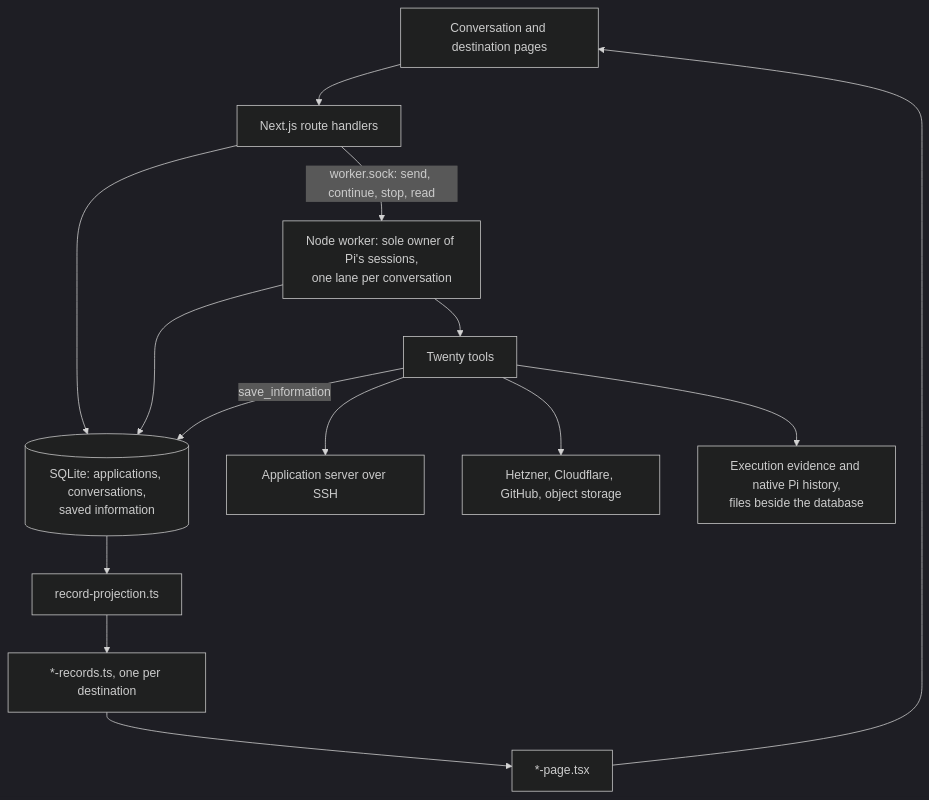
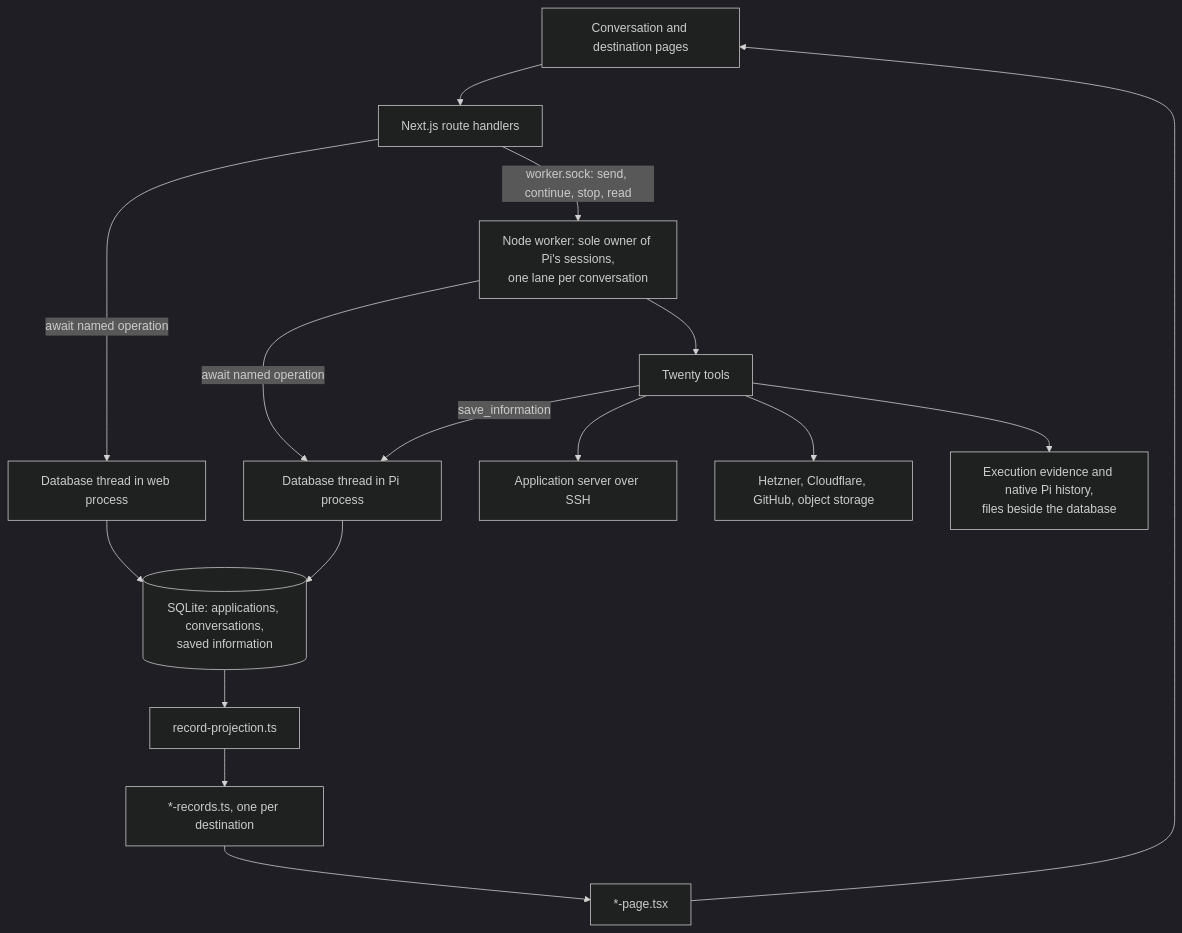
Before and after one commit to lustoykov/hallvi: the first of 3 diagrams in docs/architecture.md, drawn with Mermaid (dark theme). The commit also changed other lines of this file and 71 other files, not shown here.

First line of the commit message:
Move runtime SQLite operations into dedicated database threads

````diff
--- a/docs/architecture.md
+++ b/docs/architecture.md
@@ -23,16 +23,18 @@
 ```mermaid
 flowchart TD
     UI[Conversation and destination pages] --> API[Next.js route handlers]
-    API --> DB[(SQLite: applications, conversations,<br/>saved information)]
+    API -->|await named operation| WebDB[Database thread in web process]
+    WebDB --> DB[(SQLite: applications, conversations,<br/>saved information)]
     API -->|worker.sock: send, continue, stop, read| Worker
-    Worker[Node worker: sole owner of Pi's sessions,<br/>one lane per conversation] --> DB
+    Worker[Node worker: sole owner of Pi's sessions,<br/>one lane per conversation] -->|await named operation| PiDB[Database thread in Pi process]
+    PiDB --> DB
     Worker --> Tools[Twenty tools]
     Tools --> Host[Application server over SSH]
     Tools --> Providers[Hetzner, Cloudflare, GitHub, object storage]
-    Tools -->|save_information| DB
+    Tools -->|save_information| PiDB
     Tools --> Files[Execution evidence and native Pi history,<br/>files beside the database]
     DB --> Projection[record-projection.ts]
     Projection --> Records[*-records.ts, one per destination]
     Records --> Pages[*-page.tsx]
     Pages --> UI
 ```
````
